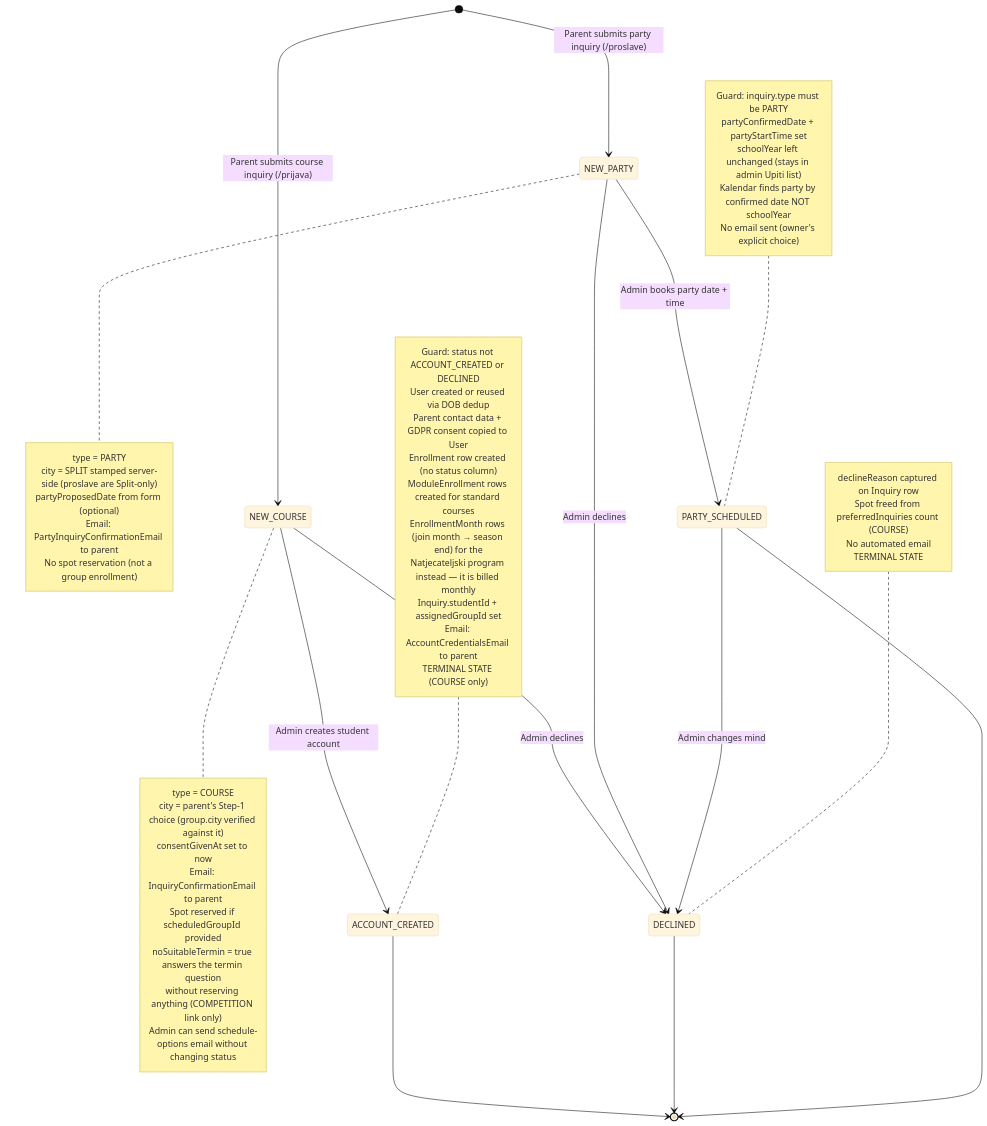
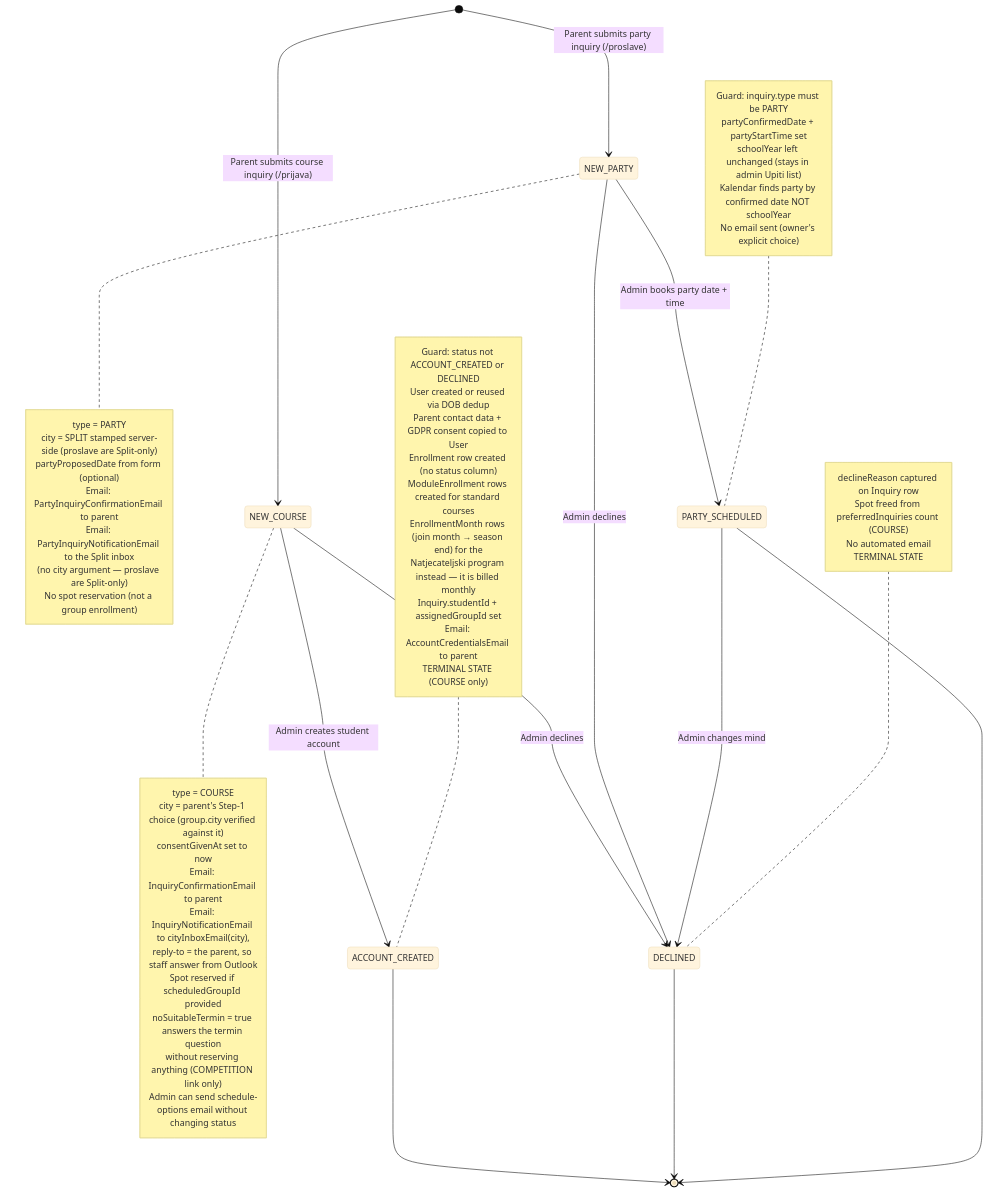
The first of 16 diagrams in docs/diagrams/enrollment-rules.md (jpucic00/inovatic), drawn with Mermaid (base theme) before and after one commit. The commit also changed other lines of this file and 30 other files, not shown here.

````diff
--- a/docs/diagrams/enrollment-rules.md
+++ b/docs/diagrams/enrollment-rules.md
@@ -13,64 +13,68 @@
 ```mermaid
 stateDiagram-v2
     [*] --> NEW_COURSE: Parent submits course inquiry (/prijava)
     [*] --> NEW_PARTY: Parent submits party inquiry (/proslave)
 
     NEW_COURSE --> ACCOUNT_CREATED: Admin creates student account
     NEW_COURSE --> DECLINED: Admin declines
 
     NEW_PARTY --> PARTY_SCHEDULED: Admin books party date + time
     NEW_PARTY --> DECLINED: Admin declines
 
     PARTY_SCHEDULED --> DECLINED: Admin changes mind
 
     ACCOUNT_CREATED --> [*]
     DECLINED --> [*]
     PARTY_SCHEDULED --> [*]
 
     note right of NEW_COURSE
         type = COURSE
         city = parent's Step-1 choice (group.city verified against it)
         consentGivenAt set to now
         Email: InquiryConfirmationEmail to parent
+        Email: InquiryNotificationEmail to cityInboxEmail(city),
+        reply-to = the parent, so staff answer from Outlook
         Spot reserved if scheduledGroupId provided
         noSuitableTermin = true answers the termin question
         without reserving anything (COMPETITION link only)
         Admin can send schedule-options email without changing status
     end note
 
     note right of NEW_PARTY
         type = PARTY
         city = SPLIT stamped server-side (proslave are Split-only)
         partyProposedDate from form (optional)
         Email: PartyInquiryConfirmationEmail to parent
+        Email: PartyInquiryNotificationEmail to the Split inbox
+        (no city argument — proslave are Split-only)
         No spot reservation (not a group enrollment)
     end note
 
     note left of ACCOUNT_CREATED
         Guard: status not ACCOUNT_CREATED or DECLINED
         User created or reused via DOB dedup
         Parent contact data + GDPR consent copied to User
         Enrollment row created (no status column)
         ModuleEnrollment rows created for standard courses
         EnrollmentMonth rows (join month → season end) for the
         Natjecateljski program instead — it is billed monthly
         Inquiry.studentId + assignedGroupId set
         Email: AccountCredentialsEmail to parent
         TERMINAL STATE (COURSE only)
     end note
 
     note left of PARTY_SCHEDULED
         Guard: inquiry.type must be PARTY
         partyConfirmedDate + partyStartTime set
         schoolYear left unchanged (stays in admin Upiti list)
         Kalendar finds party by confirmed date NOT schoolYear
         No email sent (owner's explicit choice)
     end note
 
     note left of DECLINED
         declineReason captured on Inquiry row
         Spot freed from preferredInquiries count (COURSE)
         No automated email
         TERMINAL STATE
     end note
 ```
````
